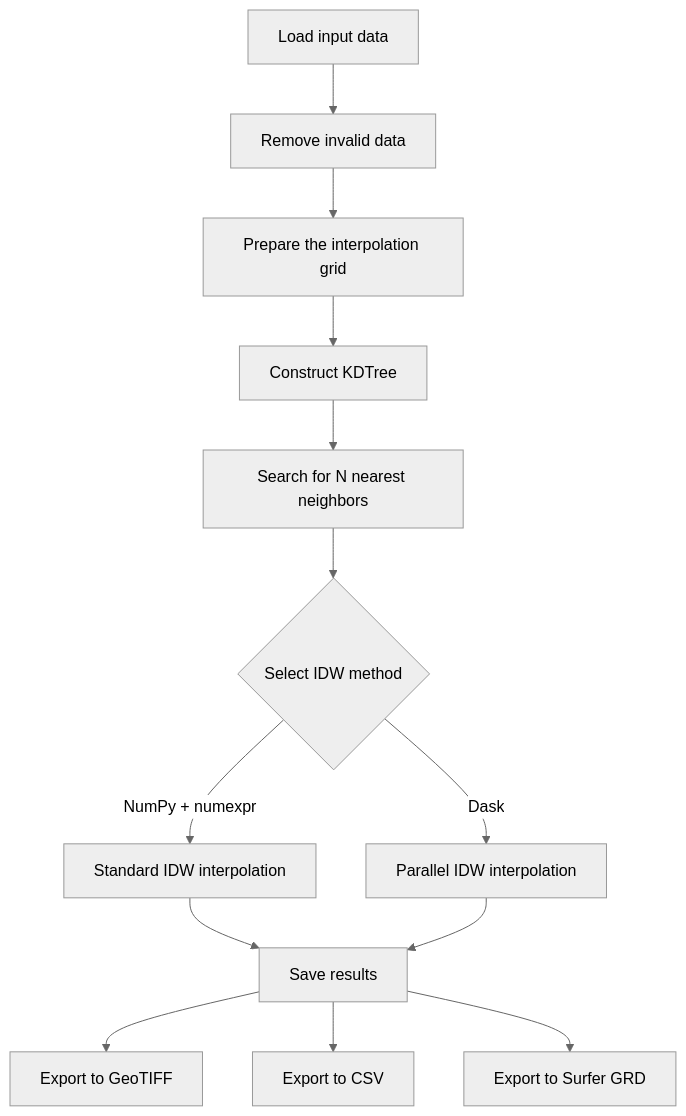
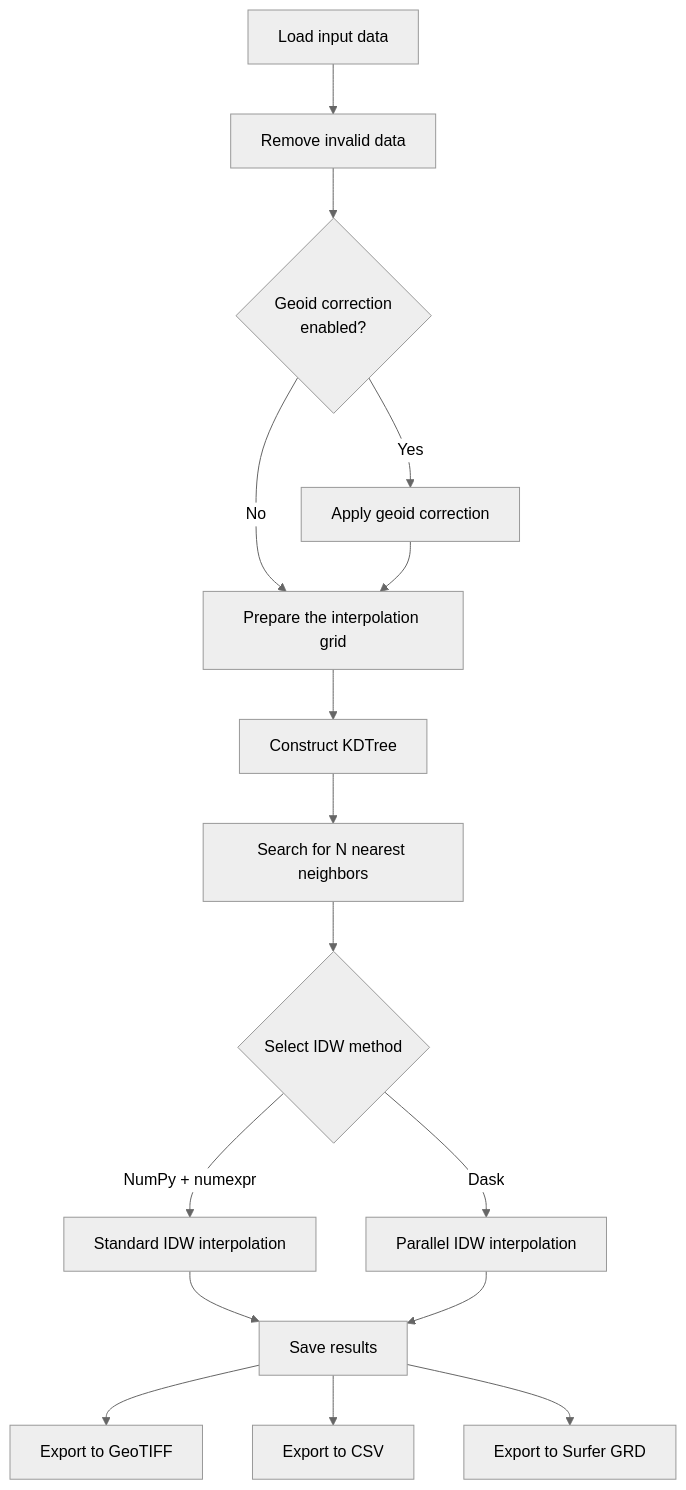
One commit to ZSIP/FIDWaC changed the first of 2 diagrams in README.md. Above: the diagram before and after it, drawn with Mermaid (neutral theme).

````diff
--- a/README.md
+++ b/README.md
@@ -176,15 +176,18 @@
 ```mermaid
 graph TB
     A[Load input data] --> B[Remove invalid data]
-    B --> C[Prepare the interpolation grid]
+    B --> B1{Geoid correction<br>enabled?}
+    B1 -->|Yes| B2[Apply geoid correction]
+    B1 -->|No| C
+    B2 --> C[Prepare the interpolation grid]
     C --> D[Construct KDTree]
     D --> E[Search for N nearest neighbors]
     E --> F{Select IDW method}
     F -->|NumPy + numexpr| G1[Standard IDW interpolation]
     F -->|Dask| G2[Parallel IDW interpolation]
     G1 --> H[Save results]
     G2 --> H
     H --> I[Export to GeoTIFF]
     H --> J[Export to CSV]
     H --> K[Export to Surfer GRD]
 ```
````
